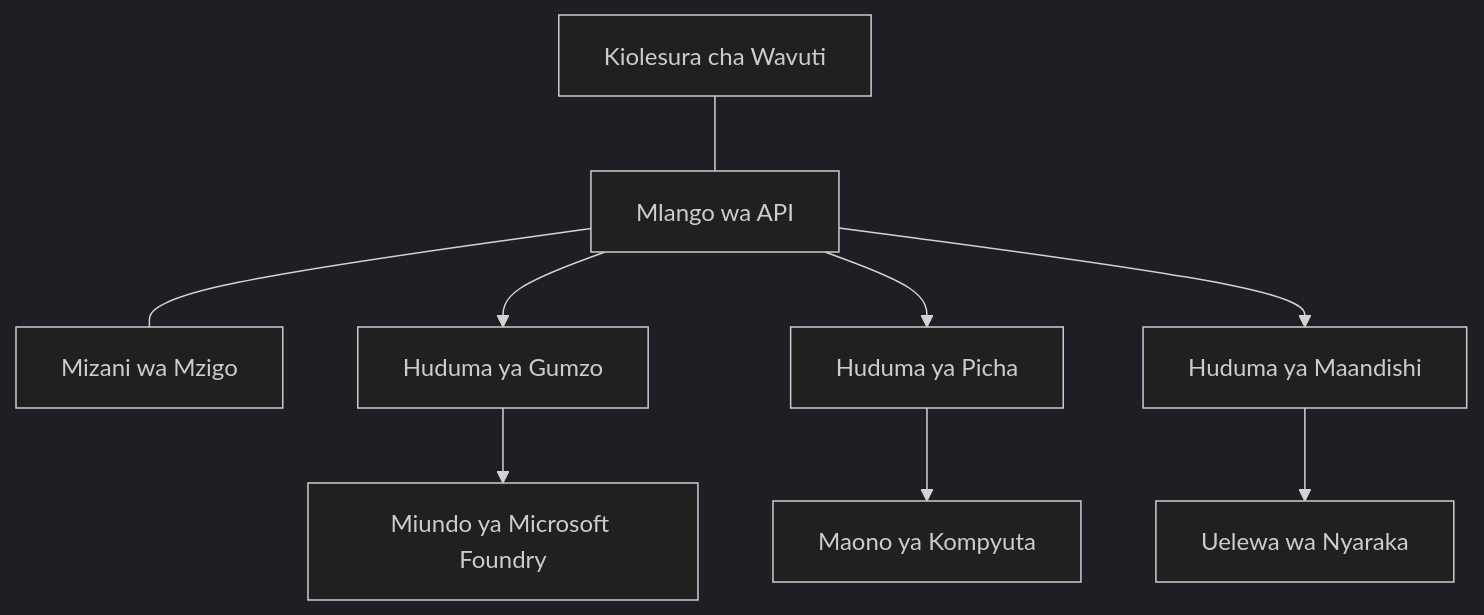
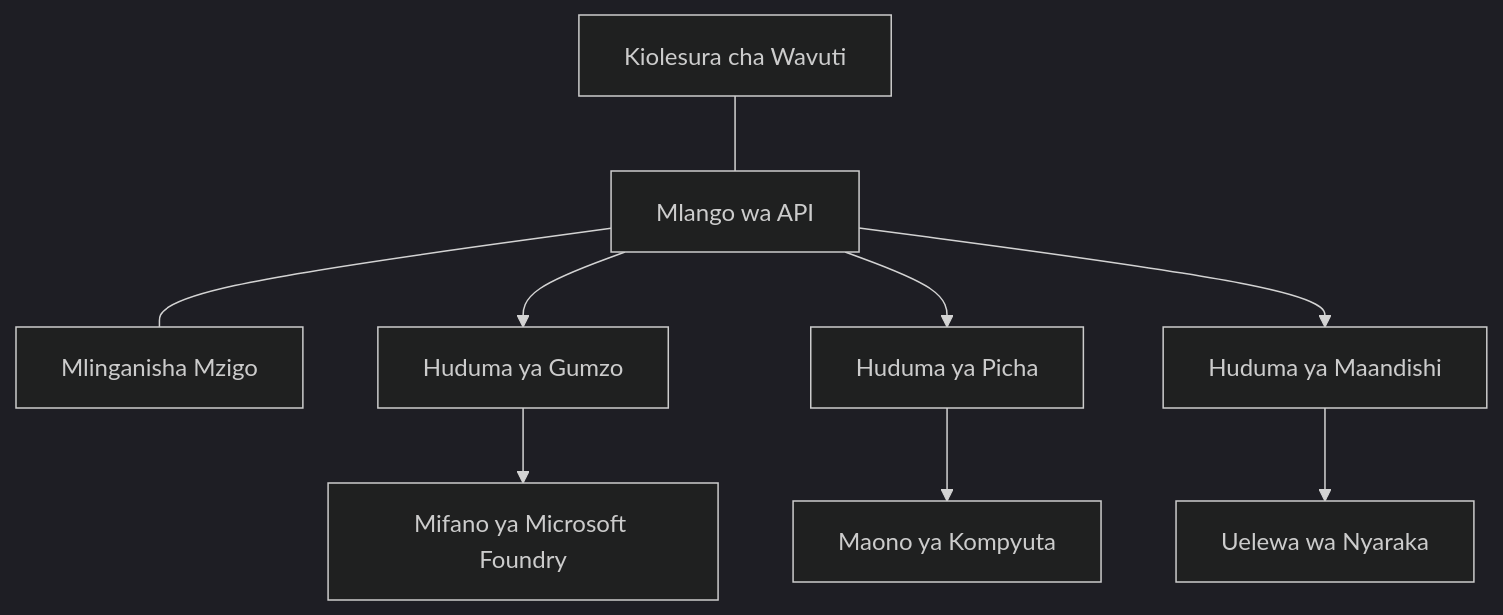
Before and after one commit to microsoft/AZD-for-beginners: the diagram in translations/sw/docs/chapter-08-production/production-ai-practices.md, drawn with Mermaid (dark theme). The commit also changed other lines of this file and 101 other files, not shown here.

````diff
--- a/translations/sw/docs/chapter-08-production/production-ai-practices.md
+++ b/translations/sw/docs/chapter-08-production/production-ai-practices.md
@@ -30,10 +30,10 @@
 ```mermaid
 graph TD
-    Frontend[Kiolesura cha Wavuti] --- Gateway[Mlango wa API] --- LB[Mizani wa Mzigo]
+    Frontend[Kiolesura cha Wavuti] --- Gateway[Mlango wa API] --- LB[Mlinganisha Mzigo]
     Gateway --> Chat[Huduma ya Gumzo]
     Gateway --> Image[Huduma ya Picha]
     Gateway --> Text[Huduma ya Maandishi]
-    Chat --> OpenAI[Miundo ya Microsoft Foundry]
+    Chat --> OpenAI[Mifano ya Microsoft Foundry]
     Image --> Vision[Maono ya Kompyuta]
     Text --> DocIntel[Uelewa wa Nyaraka]
 ```
````
